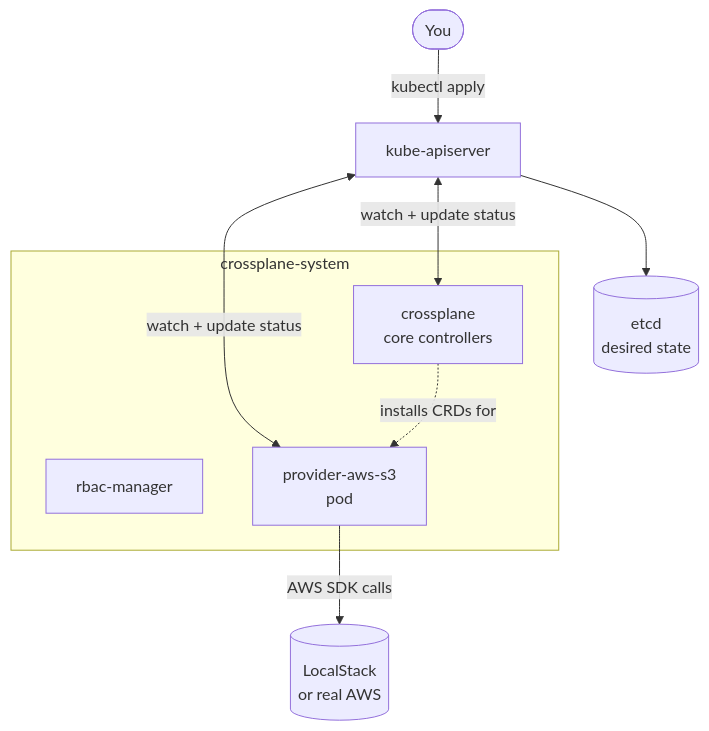
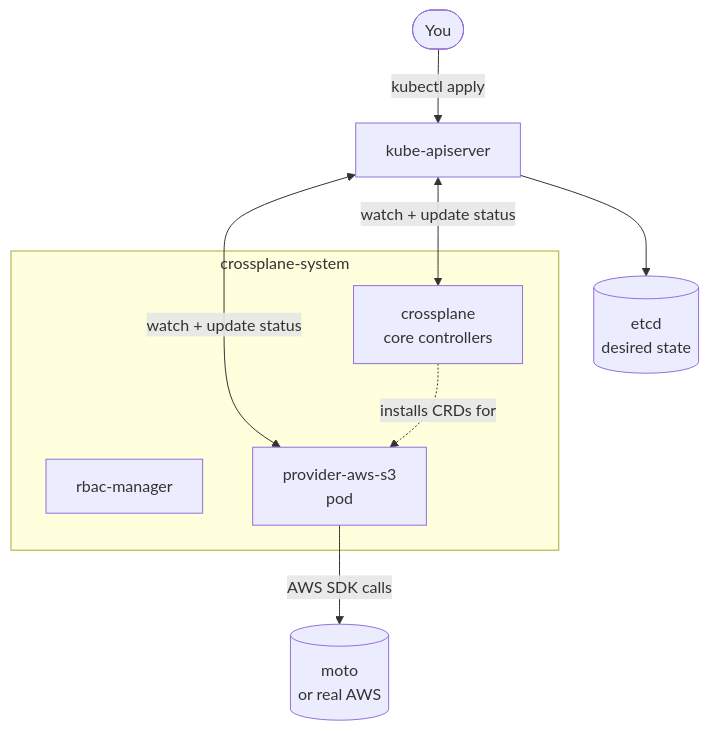
The diagram in crossplane-course/00-setup/README.md (ike5/Project2.0), drawn with Mermaid before and after one commit. The commit also changed other lines of this file and 37 other files, not shown here.

````diff
--- a/crossplane-course/00-setup/README.md
+++ b/crossplane-course/00-setup/README.md
@@ -131,17 +140,17 @@
 ```mermaid
 flowchart TB
     you([You]) -- kubectl apply --> api[kube-apiserver]
     api --> etcd[(etcd<br/>desired state)]
 
     subgraph cp [crossplane-system]
       core[crossplane<br/>core controllers]
       rbac[rbac-manager]
       prov[provider-aws-s3<br/>pod]
     end
 
     api <-->|watch + update status| core
     api <-->|watch + update status| prov
-    prov -->|AWS SDK calls| ls[(LocalStack<br/>or real AWS)]
+    prov -->|AWS SDK calls| ls[(moto<br/>or real AWS)]
 
     core -. installs CRDs for .-> prov
 ```
````
